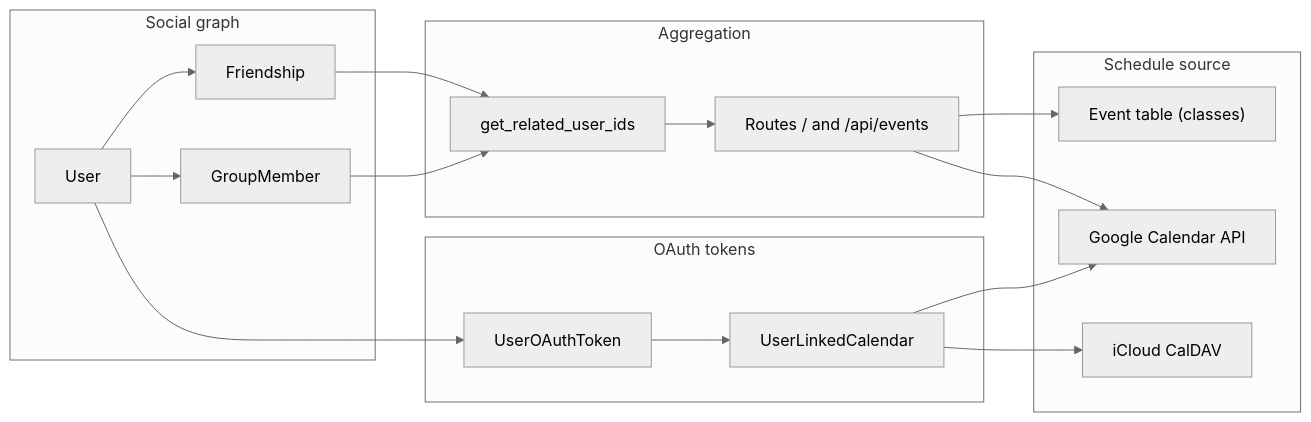
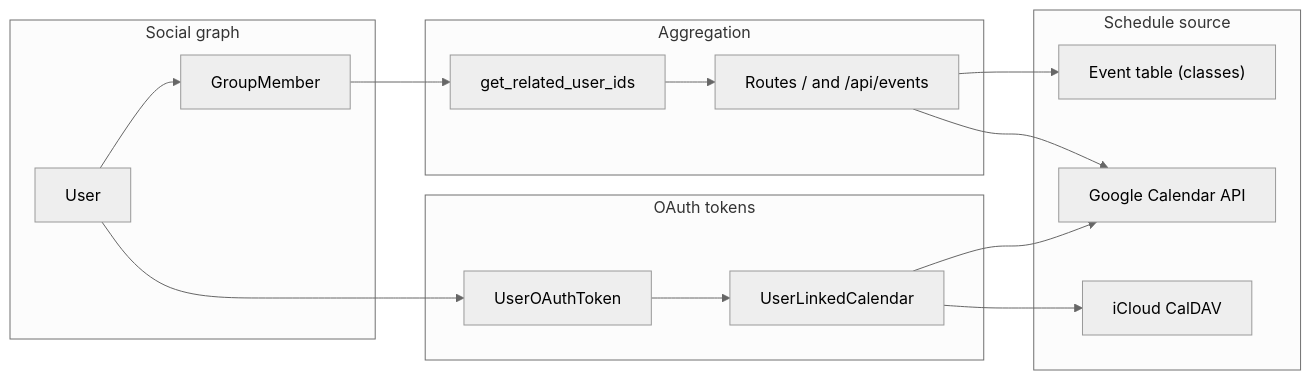
One commit to maxh5/group-schedule changed the first of 2 diagrams in AGENTS.md. Above: the diagram before and after it, drawn with Mermaid (neutral theme). The commit also changed other lines of this file and 11 other files, not shown here.

First line of the commit message:
Show one group at a time and drop the friends graph.

````diff
--- a/AGENTS.md
+++ b/AGENTS.md
@@ -163,32 +167,29 @@
 ```mermaid
 flowchart LR
   subgraph social [Social graph]
     User
-    Friendship
     GroupMember
   end
   subgraph aggregate [Aggregation]
     getRelated["get_related_user_ids"]
     routes["Routes / and /api/events"]
   end
   subgraph data [Schedule source]
     EventTable["Event table (classes)"]
     GoogleCal["Google Calendar API"]
     AppleCal["iCloud CalDAV"]
   end
   subgraph tokens [OAuth tokens]
     UserOAuthToken
     UserLinkedCalendar
   end
-  User --> Friendship
   User --> GroupMember
-  Friendship --> getRelated
   GroupMember --> getRelated
   getRelated --> routes
   routes --> EventTable
   routes --> GoogleCal
   User --> UserOAuthToken
   UserOAuthToken --> UserLinkedCalendar
   UserLinkedCalendar --> GoogleCal
   UserLinkedCalendar --> AppleCal
 ```
````
